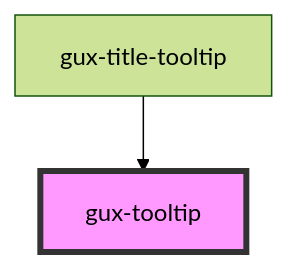
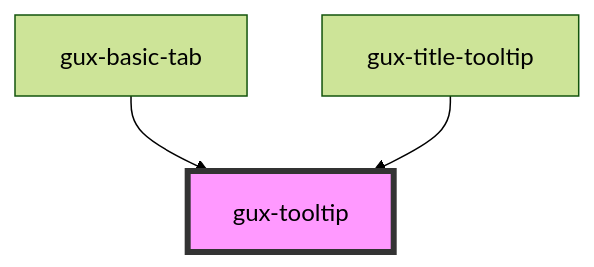
Before and after one commit to Retsam/genesys-webcomponents: the diagram in src/components/stable/gux-tooltip/readme.md, drawn with Mermaid (forest theme). The commit also changed other lines of this file and 9 other files, not shown here.

Commit message:
refactor(gux-basic-tabs): experimenting with tabpanel content for each tab

````diff
--- a/src/components/stable/gux-tooltip/readme.md
+++ b/src/components/stable/gux-tooltip/readme.md
@@ -47,5 +48,6 @@
 ```mermaid
 graph TD;
+  gux-basic-tab --> gux-tooltip
   gux-title-tooltip --> gux-tooltip
   style gux-tooltip fill:#f9f,stroke:#333,stroke-width:4px
 ```
````
